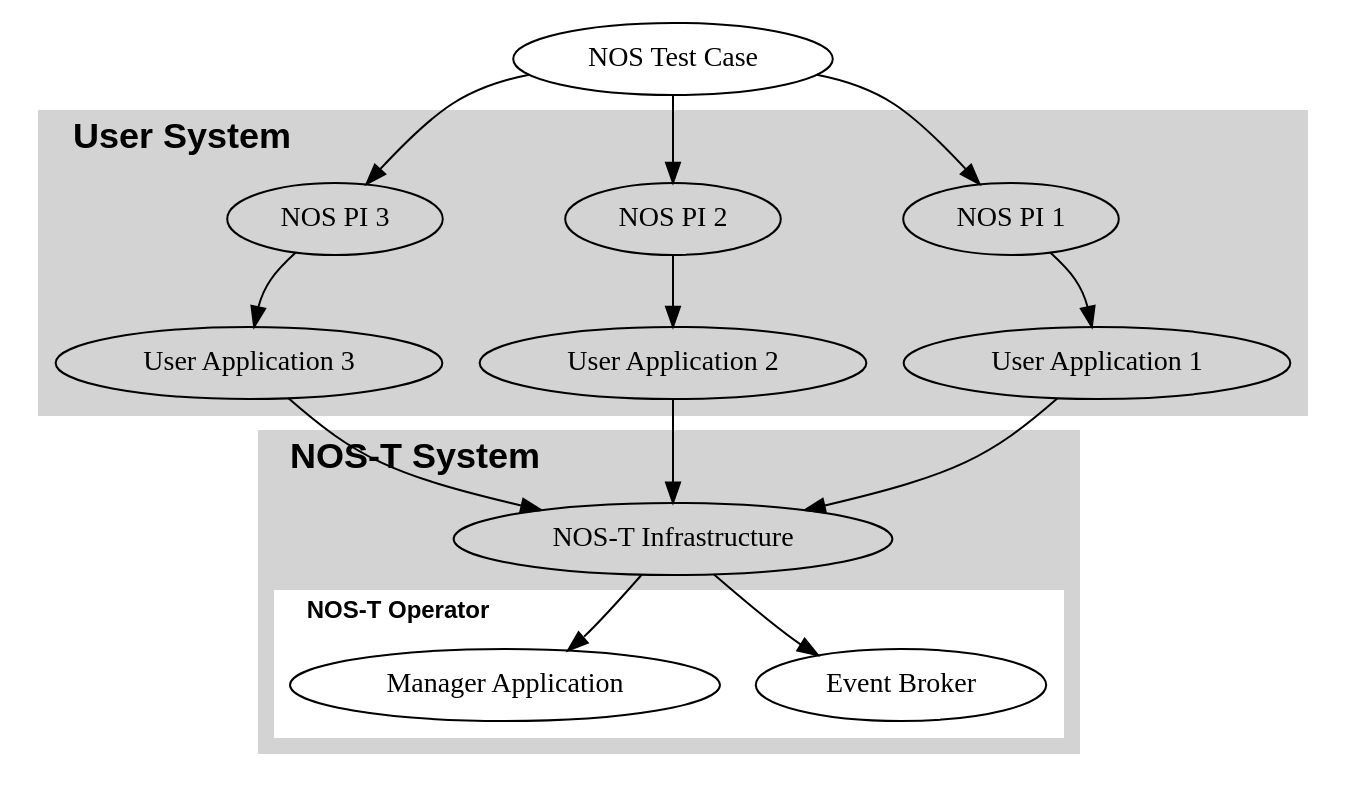
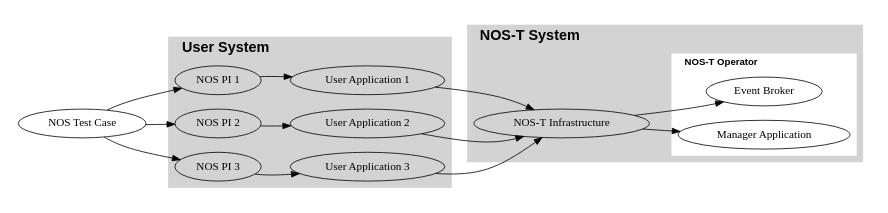
Before and after one commit to code-lab-org/nost-tools: the diagram in docs/source/index.rst, drawn with Graphviz.

Commit message:
vertical to horizontal

```diff
--- a/docs/source/index.rst
+++ b/docs/source/index.rst
@@ -21,56 +21,58 @@
 .. graphviz::
    :name: nos_t_concept
    :caption: NOS-T Graphical Concept: Visual representation of the testbed architecture and operational flow
    :align: center
 
    digraph {
+      size="6,4";
+      rankdir="LR";
       splines=curved;
       overlap=false;
 
       "NOS Test Case" -> "NOS PI 1";
       "NOS Test Case" -> "NOS PI 2";
       "NOS Test Case" -> "NOS PI 3";
       
       subgraph cluster0 {
          style=filled;
          color=lightgrey;
          label="User System";
          labeljust="l";
          fontsize=18;
          fontname="Helvetica-Bold";
          
          "NOS PI 1" -> "User Application 1";
          "NOS PI 2" -> "User Application 2";
          "NOS PI 3" -> "User Application 3";
          
       }
       
       subgraph cluster1 {
          style=filled;
          color=lightgrey;
          label="NOS-T System";
          labeljust="l";
          fontsize=18;
          fontname="Helvetica-Bold";
          
          "NOS-T Infrastructure" -> "Event Broker";
          "NOS-T Infrastructure" -> "Manager Application";
          
          subgraph cluster2 {
                style=filled;
                color=white;
                labelloc="t";
                fontsize=12;
                label="NOS-T Operator";
                
                "Event Broker";
                "Manager Application";
                
          }
          
       }
       "User Application 1" -> "NOS-T Infrastructure";
       "User Application 2" -> "NOS-T Infrastructure";
       "User Application 3" -> "NOS-T Infrastructure";
       
    }
```
